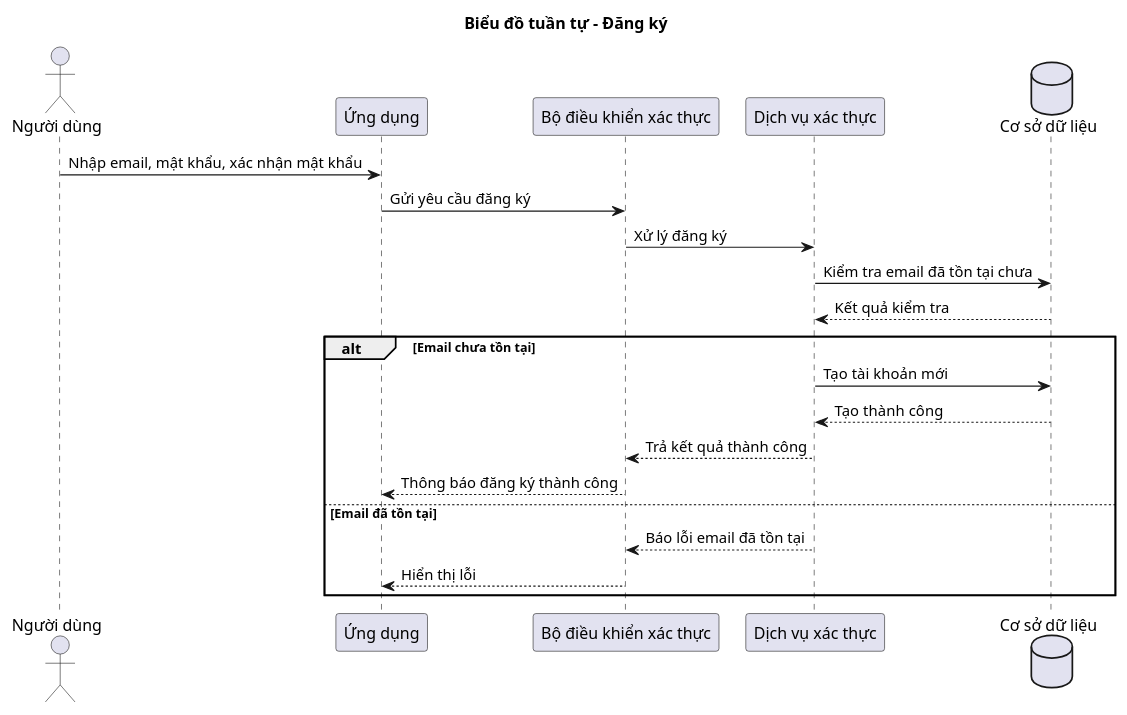
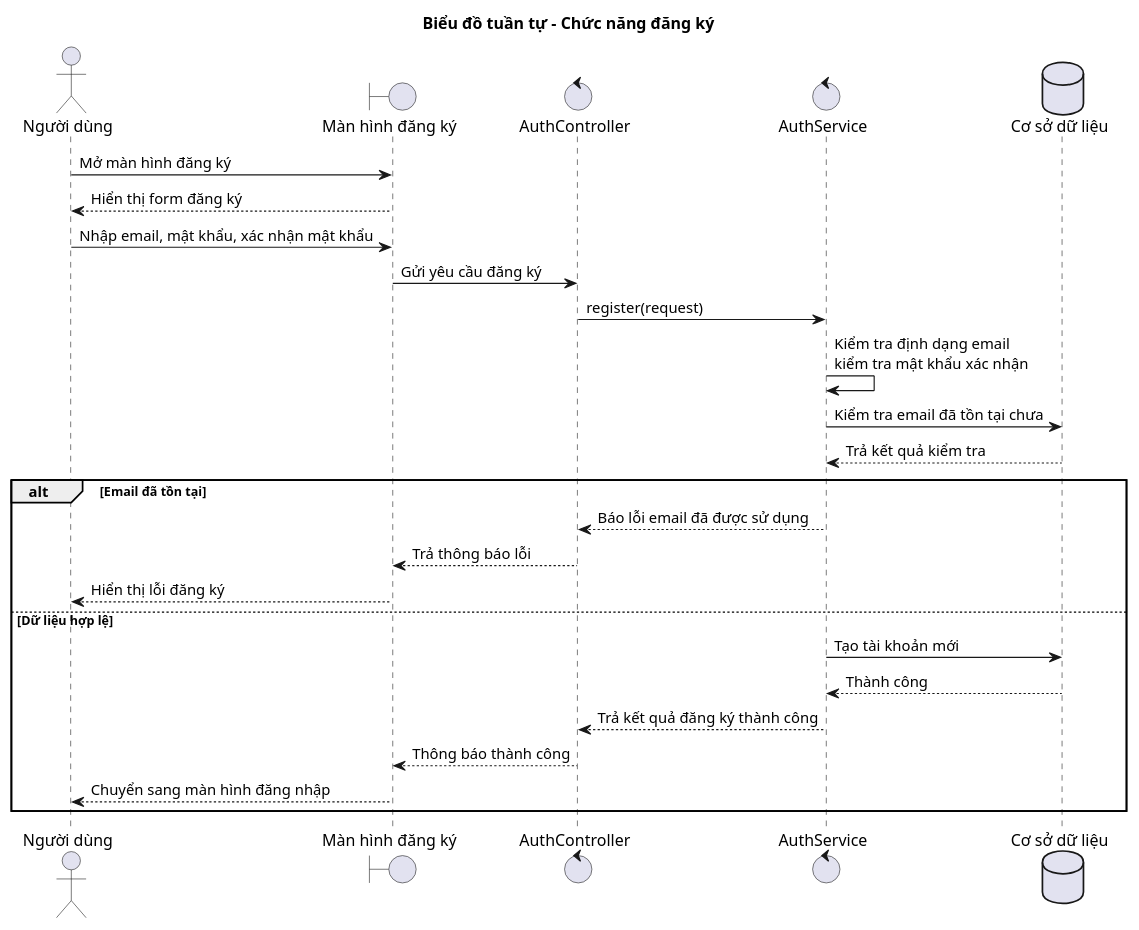
Before and after one commit to phuongtech24/do_an: the diagram in docs/diagrams/Bieudotuantu/register_sequence.puml, drawn with PlantUML. The commit also changed 18 other files, not shown here.

```diff
--- a/docs/diagrams/Bieudotuantu/register_sequence.puml
+++ b/docs/diagrams/Bieudotuantu/register_sequence.puml
@@ -1,26 +1,32 @@
 @startuml
-title Biểu đồ tuần tự - Đăng ký
+title Biểu đồ tuần tự - Chức năng đăng ký
 
 actor "Người dùng" as User
-participant "Ứng dụng" as App
-participant "Bộ điều khiển xác thực" as AuthController
-participant "Dịch vụ xác thực" as AuthService
+boundary "Màn hình đăng ký" as RegisterView
+control "AuthController" as AuthController
+control "AuthService" as AuthService
 database "Cơ sở dữ liệu" as DB
 
-User -> App : Nhập email, mật khẩu, xác nhận mật khẩu
-App -> AuthController : Gửi yêu cầu đăng ký
-AuthController -> AuthService : Xử lý đăng ký
+User -> RegisterView : Mở màn hình đăng ký
+RegisterView --> User : Hiển thị form đăng ký
+
+User -> RegisterView : Nhập email, mật khẩu, xác nhận mật khẩu
+RegisterView -> AuthController : Gửi yêu cầu đăng ký
+AuthController -> AuthService : register(request)
+AuthService -> AuthService : Kiểm tra định dạng email\nkiểm tra mật khẩu xác nhận
 AuthService -> DB : Kiểm tra email đã tồn tại chưa
-DB --> AuthService : Kết quả kiểm tra
+DB --> AuthService : Trả kết quả kiểm tra
 
-alt Email chưa tồn tại
+alt Email đã tồn tại
+  AuthService --> AuthController : Báo lỗi email đã được sử dụng
+  AuthController --> RegisterView : Trả thông báo lỗi
+  RegisterView --> User : Hiển thị lỗi đăng ký
+else Dữ liệu hợp lệ
   AuthService -> DB : Tạo tài khoản mới
-  DB --> AuthService : Tạo thành công
-  AuthService --> AuthController : Trả kết quả thành công
-  AuthController --> App : Thông báo đăng ký thành công
-else Email đã tồn tại
-  AuthService --> AuthController : Báo lỗi email đã tồn tại
-  AuthController --> App : Hiển thị lỗi
+  DB --> AuthService : Thành công
+  AuthService --> AuthController : Trả kết quả đăng ký thành công
+  AuthController --> RegisterView : Thông báo thành công
+  RegisterView --> User : Chuyển sang màn hình đăng nhập
 end
 
 @enduml
```
